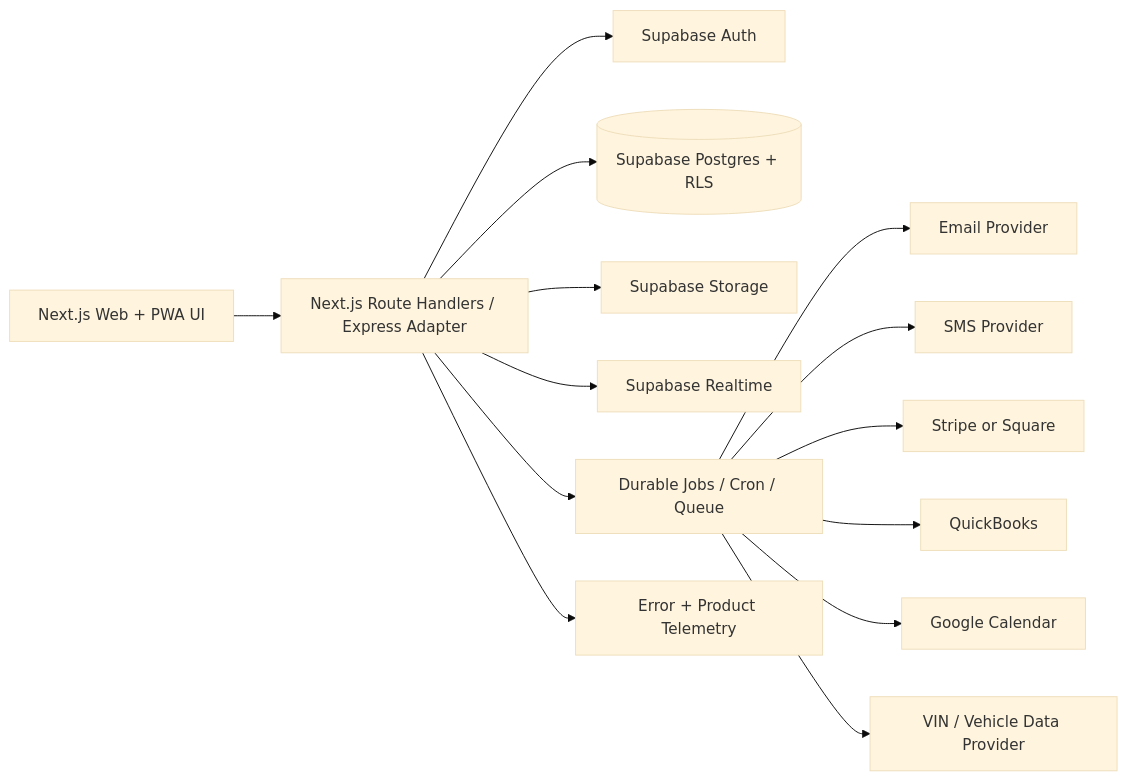
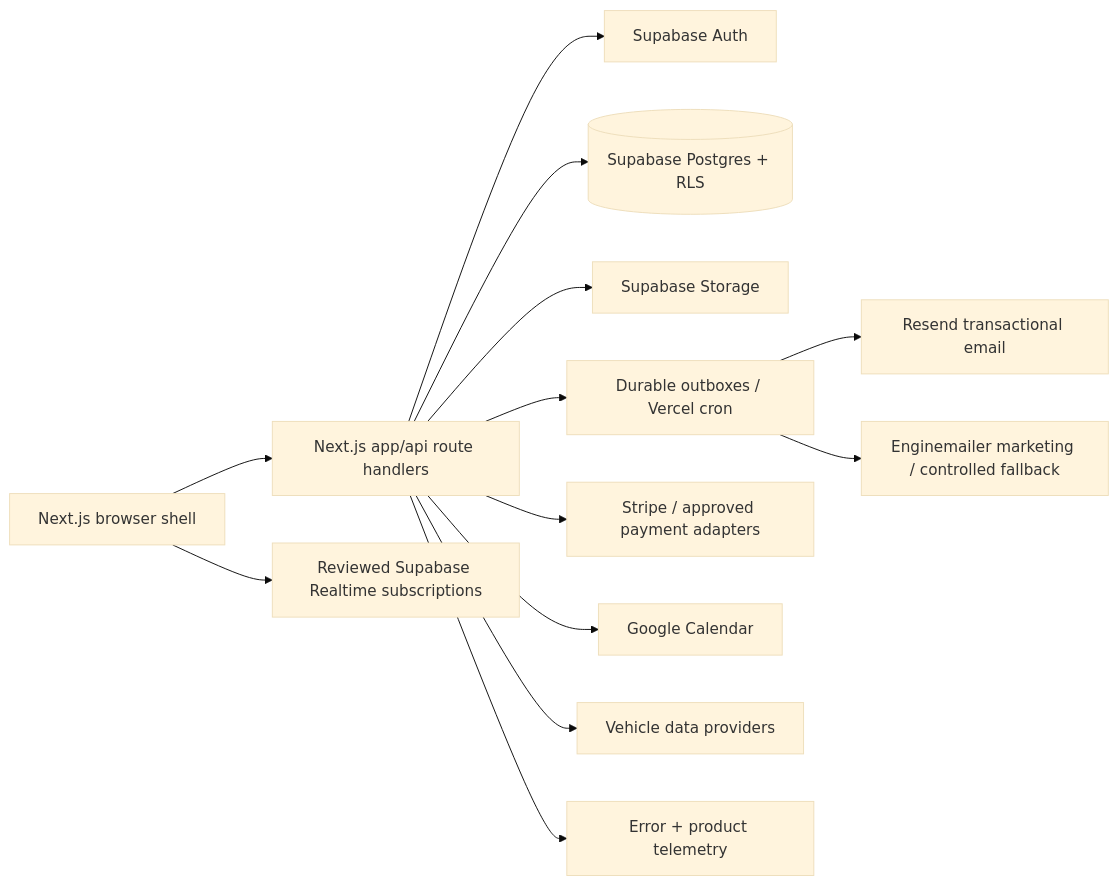
Before and after one commit to djoreally/ServiceWriterFinal: the first of 2 diagrams in docs/PLATFORM_AND_INTEGRATIONS.md, drawn with Mermaid (base theme). The commit also changed other lines of this file and 18 other files, not shown here.

First line of the commit message:
Certify canonical Service Writer architecture

````diff
--- a/docs/PLATFORM_AND_INTEGRATIONS.md
+++ b/docs/PLATFORM_AND_INTEGRATIONS.md
@@ -7,16 +10,15 @@
 ```mermaid
 flowchart LR
-  Browser[Next.js Web + PWA UI] --> API[Next.js Route Handlers / Express Adapter]
+  Browser[Next.js browser shell] --> API[Next.js app/api route handlers]
   API --> Auth[Supabase Auth]
   API --> DB[(Supabase Postgres + RLS)]
   API --> Storage[Supabase Storage]
-  API --> Realtime[Supabase Realtime]
-  API --> Queue[Durable Jobs / Cron / Queue]
-  Queue --> Email[Email Provider]
-  Queue --> SMS[SMS Provider]
-  Queue --> Payments[Stripe or Square]
-  Queue --> Accounting[QuickBooks]
-  Queue --> Calendar[Google Calendar]
-  Queue --> Vehicle[VIN / Vehicle Data Provider]
-  API --> Observability[Error + Product Telemetry]
+  Browser --> Realtime[Reviewed Supabase Realtime subscriptions]
+  API --> Queue[Durable outboxes / Vercel cron]
+  Queue --> Resend[Resend transactional email]
+  Queue --> Engine[Enginemailer marketing / controlled fallback]
+  API --> Payments[Stripe / approved payment adapters]
+  API --> Calendar[Google Calendar]
+  API --> Vehicle[Vehicle data providers]
+  API --> Observability[Error + product telemetry]
 ```
````
